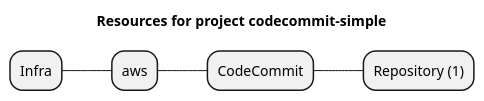
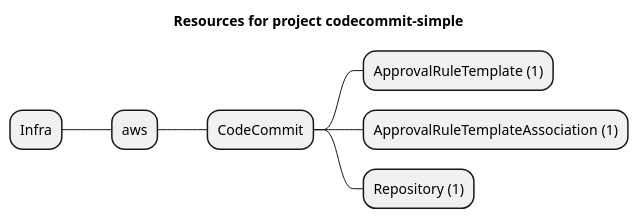
Before and after one commit to grucloud/grucloud: the diagram in examples/aws/CodeCommit/codecommit-simple/artifacts/resources-mindmap.puml, drawn with PlantUML. The commit also changed 5 other files, not shown here.

Commit message:
ApprovalRuleTemplate example

```diff
--- a/examples/aws/CodeCommit/codecommit-simple/artifacts/resources-mindmap.puml
+++ b/examples/aws/CodeCommit/codecommit-simple/artifacts/resources-mindmap.puml
@@ -1,8 +1,10 @@
 @startmindmap
 title Resources for project codecommit-simple
 skinparam monochrome true
 + Infra
 ++ aws
 +++ CodeCommit
+++++ ApprovalRuleTemplate (1)
+++++ ApprovalRuleTemplateAssociation (1)
 ++++ Repository (1)
 @endmindmap
```
